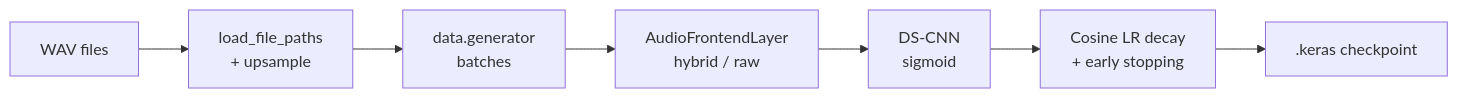
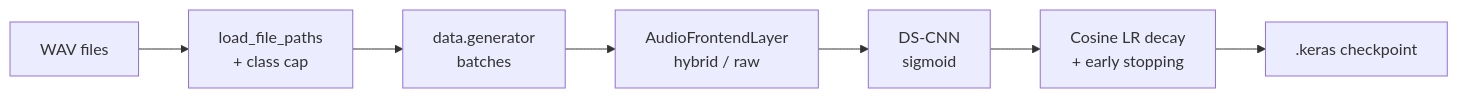
Before and after one commit to birdnet-team/birdnet-stm32: the second of 4 diagrams in docs/dev/architecture.md, drawn with Mermaid. The commit also changed 14 other files, not shown here.

````diff
--- a/docs/dev/architecture.md
+++ b/docs/dev/architecture.md
@@ -33,9 +33,9 @@
 ```mermaid
 flowchart LR
-    A["WAV files"] --> B["load_file_paths\n+ upsample"]
+    A["WAV files"] --> B["load_file_paths\n+ class cap"]
     B --> C["data.generator\nbatches"]
     C --> D["AudioFrontendLayer\nhybrid / raw"]
     D --> E["DS-CNN\nsigmoid"]
     E --> F["Cosine LR decay\n+ early stopping"]
     F --> G[".keras checkpoint"]
 ```
````
